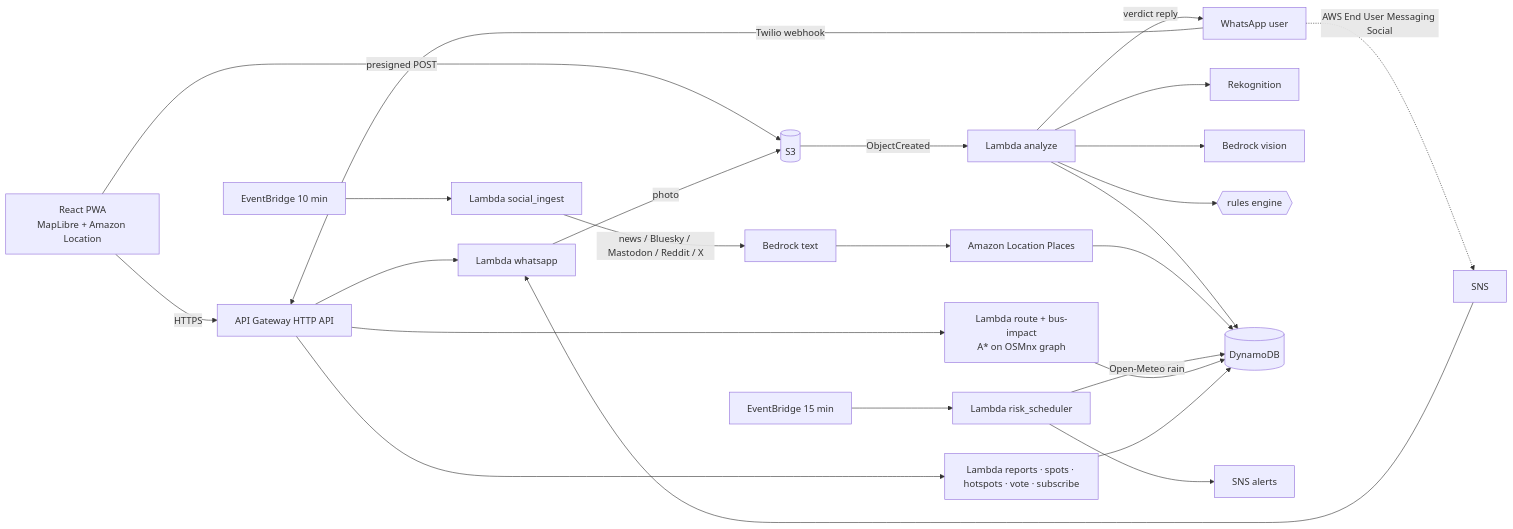
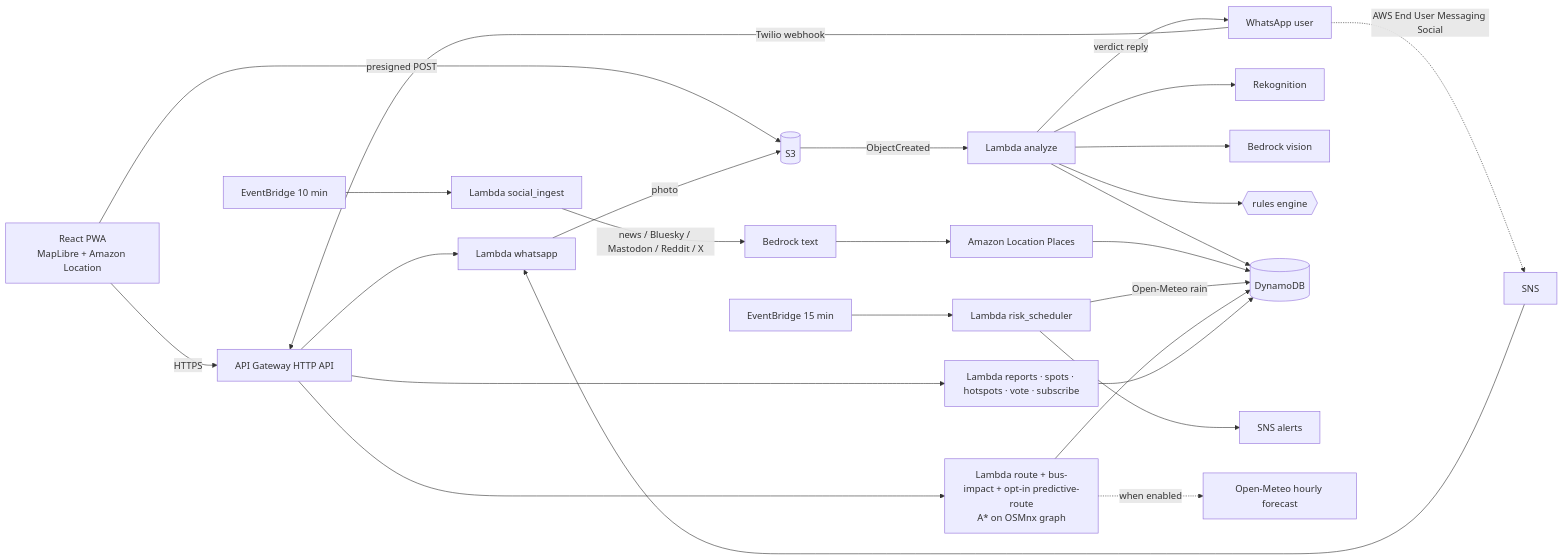
Before and after one commit to sukrititalwar/aws-hack: the diagram in README.md, drawn with Mermaid. The commit also changed other lines of this file and 16 other files, not shown here.

````diff
--- a/README.md
+++ b/README.md
@@ -23,18 +24,19 @@
 ```mermaid
 flowchart LR
   PWA[React PWA<br/>MapLibre + Amazon Location] -->|HTTPS| APIGW[API Gateway HTTP API]
   WA[WhatsApp user] -->|Twilio webhook| APIGW
   WA -.->|AWS End User Messaging Social| SNSIN[SNS] --> WAL
   APIGW --> WAL[Lambda whatsapp]
   PWA -->|presigned POST| S3[(S3)]
   WAL -->|photo| S3
   S3 -->|ObjectCreated| AN[Lambda analyze]
   AN --> REK[Rekognition] & BR[Bedrock vision] & RULES{{rules engine}}
   AN --> DDB[(DynamoDB)]
   AN -->|verdict reply| WA
   EB1[EventBridge 10 min] --> SOC[Lambda social_ingest] -->|news / Bluesky / Mastodon / Reddit / X| BRT[Bedrock text] --> LOC[Amazon Location Places] --> DDB
   EB2[EventBridge 15 min] --> RS[Lambda risk_scheduler] -->|Open-Meteo rain| DDB
   RS --> SNS[SNS alerts]
-  APIGW --> RT[Lambda route + bus-impact<br/>A* on OSMnx graph] --> DDB
+  APIGW --> RT[Lambda route + bus-impact + opt-in predictive-route<br/>A* on OSMnx graph] --> DDB
+  RT -.->|when enabled| OM[Open-Meteo hourly forecast]
   APIGW --> L1[Lambda reports · spots · hotspots · vote · subscribe] --> DDB
 ```
````
